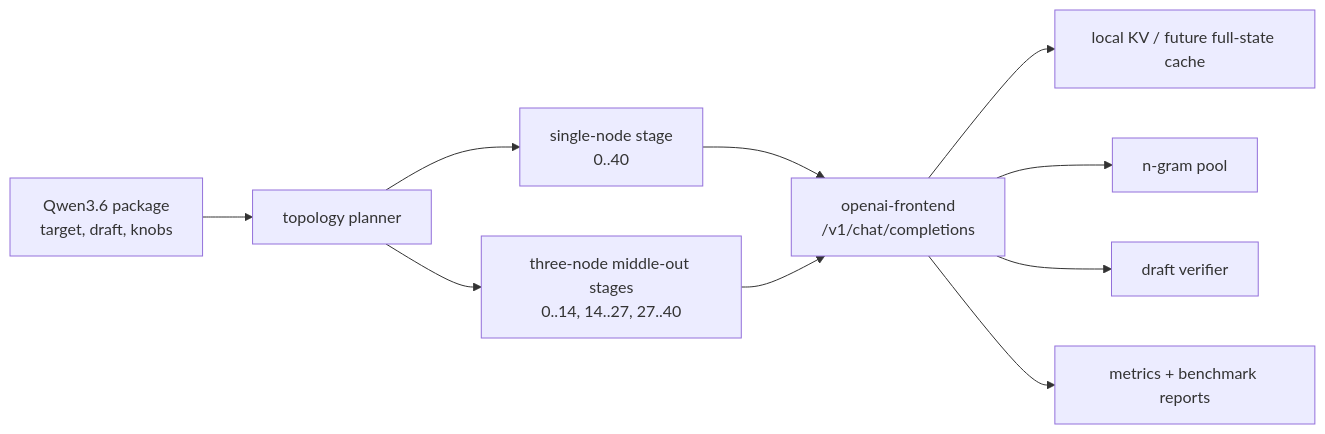
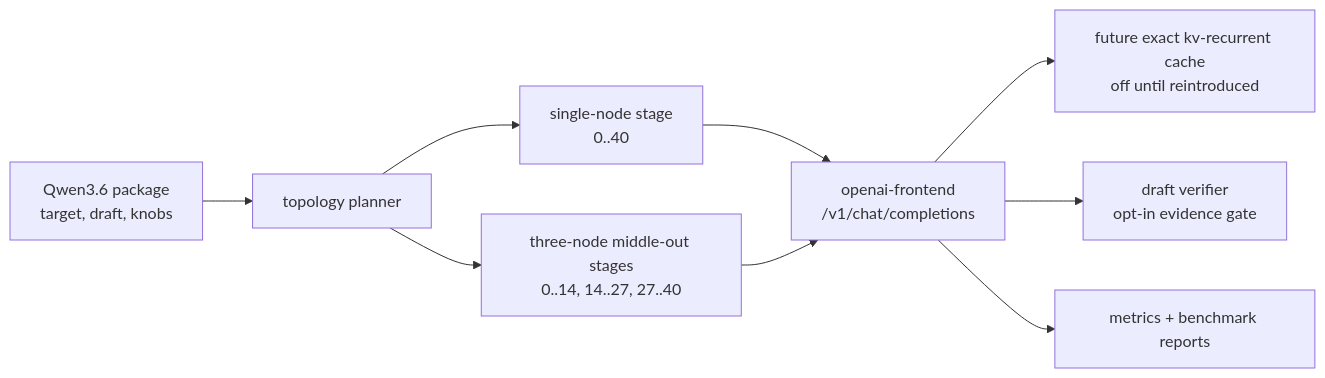
One commit to michaelneale/mesh-llm changed the diagram in docs/skippy/family/qwen.md. Above: the diagram before and after it, drawn with Mermaid. The commit also changed other lines of this file and 17 other files, not shown here.

````diff
--- a/docs/skippy/family/qwen.md
+++ b/docs/skippy/family/qwen.md
@@ -14,12 +14,11 @@
 ```mermaid
 flowchart LR
     Package["Qwen3.6 package<br/>target, draft, knobs"] --> Planner["topology planner"]
     Planner --> Single["single-node stage<br/>0..40"]
     Planner --> Multi["three-node middle-out stages<br/>0..14, 14..27, 27..40"]
     Single --> Runner["openai-frontend<br/>/v1/chat/completions"]
     Multi --> Runner
-    Runner --> Cache["local KV / future full-state cache"]
-    Runner --> Ngram["n-gram pool"]
-    Runner --> Draft["draft verifier"]
+    Runner --> Cache["future exact kv-recurrent cache<br/>off until reintroduced"]
+    Runner --> Draft["draft verifier<br/>opt-in evidence gate"]
     Runner --> Metrics["metrics + benchmark reports"]
 ```
````
